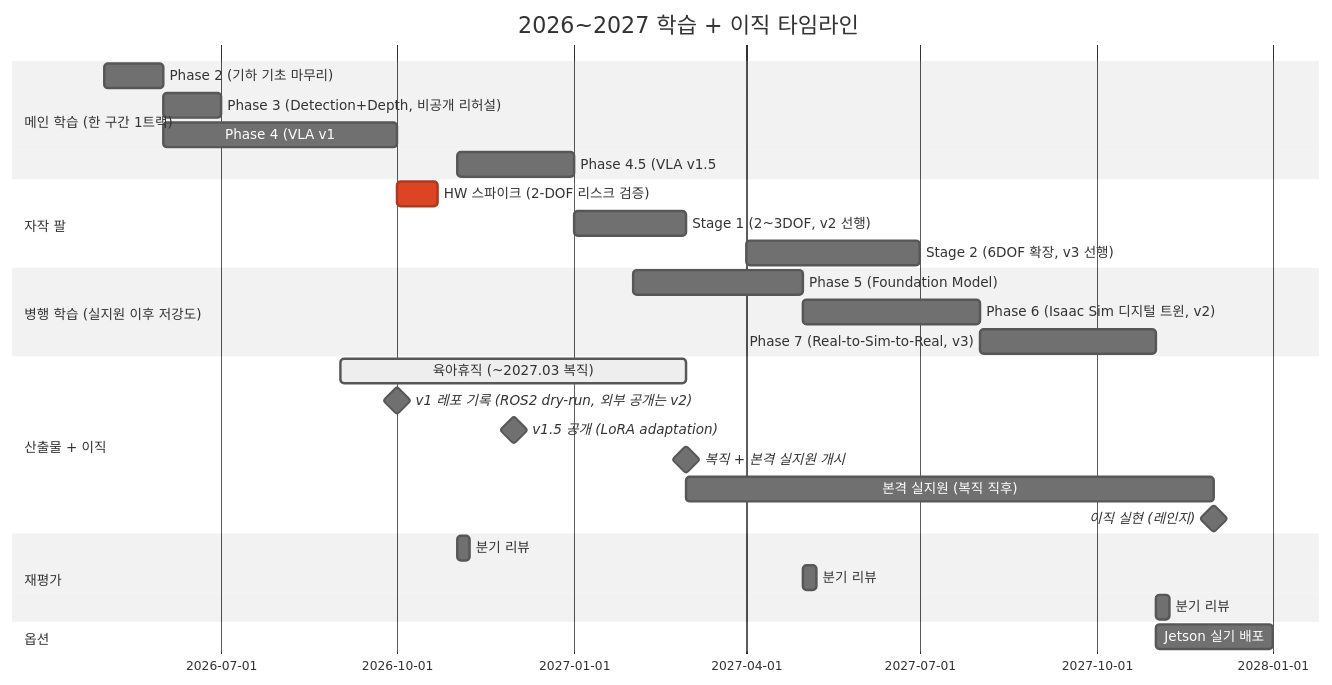
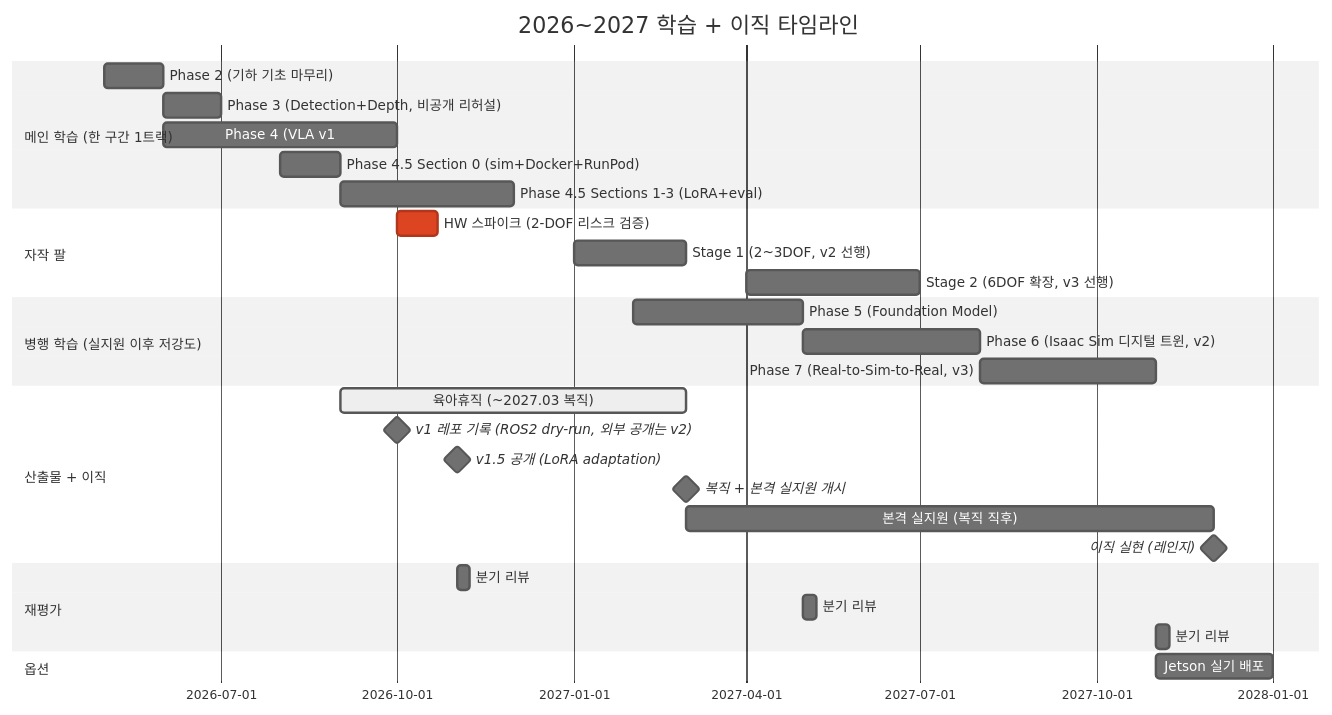
Before and after one commit to tylee-yeonge/physical-ai-study: the diagram in README.md, drawn with Mermaid (neutral theme). The commit also changed other lines of this file and 5 other files, not shown here.

````diff
--- a/README.md
+++ b/README.md
@@ -63,31 +63,32 @@
 ```mermaid
 gantt
     title 2026~2027 학습 + 이직 타임라인
     dateFormat YYYY-MM
     section 메인 학습 (한 구간 1트랙)
     Phase 2 (기하 기초 마무리) :a1, 2026-05, 1M
     Phase 3 (Detection+Depth, 비공개 리허설) :a2, 2026-06, 1M
     Phase 4 (VLA v1: zero-shot 추론 + ROS2) :a3, 2026-06, 4M
-    Phase 4.5 (VLA v1.5: LoRA adaptation) :a35, 2026-11, 2M
+    Phase 4.5 Section 0 (sim+Docker+RunPod) :a35a, 2026-08, 1M
+    Phase 4.5 Sections 1-3 (LoRA+eval) :a35b, 2026-09, 3M
     section 자작 팔
     HW 스파이크 (2-DOF 리스크 검증) :crit, h0, 2026-10, 3w
     Stage 1 (2~3DOF, v2 선행) :h1, 2027-01, 2M
     Stage 2 (6DOF 확장, v3 선행) :h2, 2027-04, 3M
     section 병행 학습 (실지원 이후 저강도)
     Phase 5 (Foundation Model) :a4, 2027-02, 3M
     Phase 6 (Isaac Sim 디지털 트윈, v2) :a5, 2027-05, 3M
     Phase 7 (Real-to-Sim-to-Real, v3) :a6, 2027-08, 3M
     section 산출물 + 이직
     육아휴직 (~2027.03 복직) :active, leave, 2026-09, 6M
     v1 레포 기록 (ROS2 dry-run, 외부 공개는 v2) :milestone, d1, 2026-10, 0d
-    v1.5 공개 (LoRA adaptation) :milestone, d15, 2026-12, 0d
+    v1.5 공개 (LoRA adaptation) :milestone, d15, 2026-11, 0d
     복직 + 본격 실지원 개시 :milestone, d3, 2027-03, 0d
     본격 실지원 (복직 직후) :b2, 2027-03, 9M
     이직 실현 (레인지) :milestone, d2, 2027-12, 0d
     section 재평가
     분기 리뷰 :rev1, 2026-11, 1w
     분기 리뷰 :rev2, 2027-05, 1w
     분기 리뷰 :rev3, 2027-11, 1w
     section 옵션
     Jetson 실기 배포 :opt, 2027-11, 2M
 ```
````
